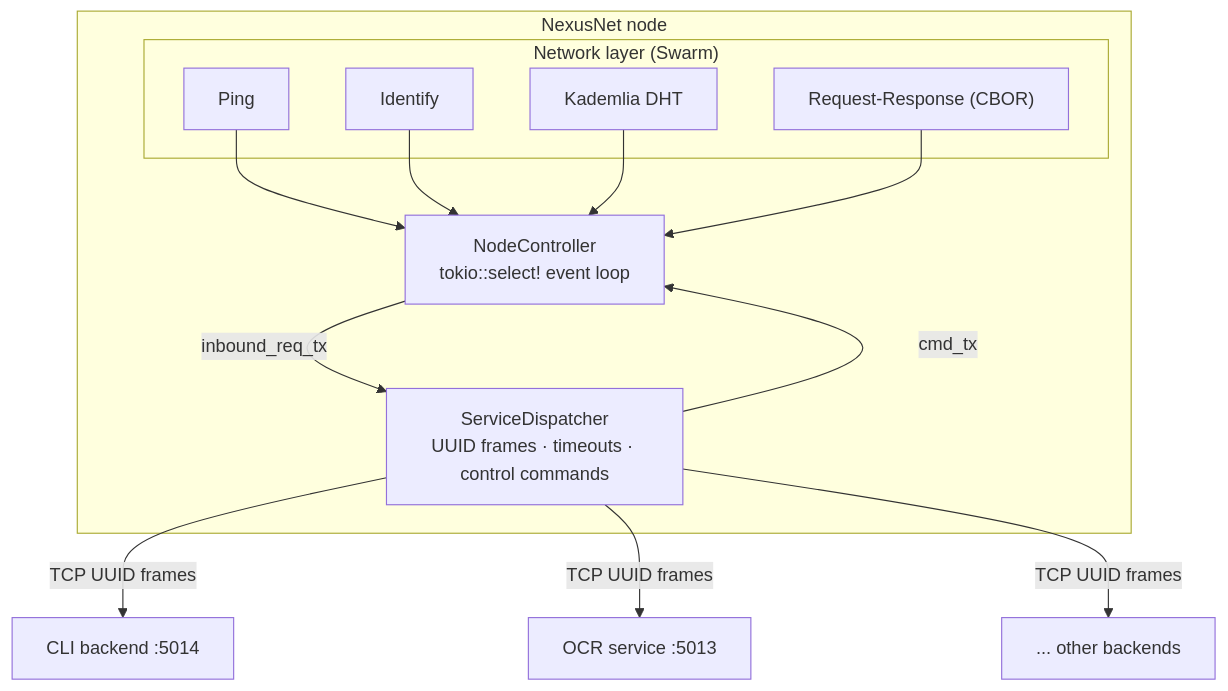
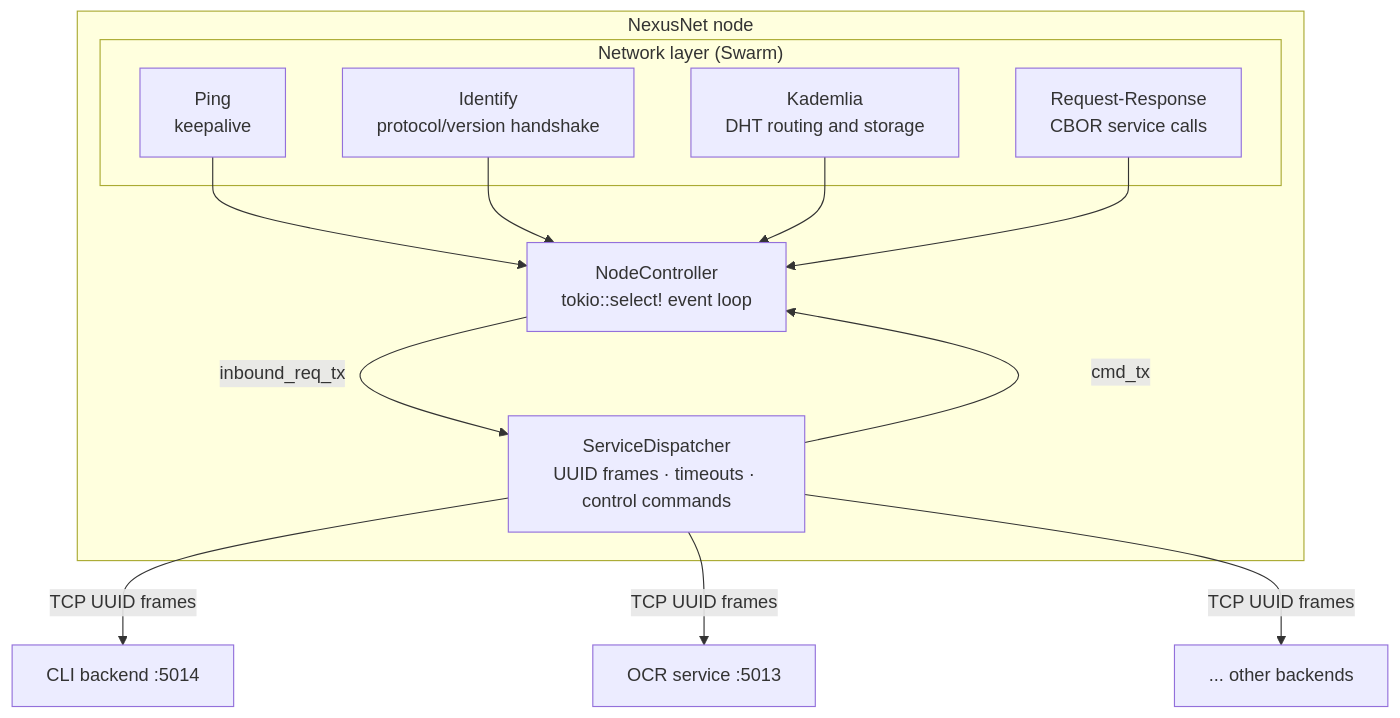
The diagram in README.md (rplague/NexusNet), drawn with Mermaid before and after one commit. The commit also changed other lines of this file and 1 other file, not shown here.

````diff
--- a/README.md
+++ b/README.md
@@ -45,27 +48,28 @@
 ```mermaid
 graph TD
     subgraph N["NexusNet node"]
         subgraph SW["Network layer (Swarm)"]
-            PING["Ping"]
-            ID["Identify"]
-            KAD["Kademlia DHT"]
-            RR["Request-Response (CBOR)"]
+            PING["Ping<br/>keepalive"]
+            ID["Identify<br/>protocol/version handshake"]
+            KAD["Kademlia<br/>DHT routing and storage"]
+            RR["Request-Response<br/>CBOR service calls"]
         end
+
         NC["NodeController<br/>tokio::select! event loop"]
         SD["ServiceDispatcher<br/>UUID frames · timeouts · control commands"]
     end
 
     CLI["CLI backend :5014"]
     OCR["OCR service :5013"]
     MORE["... other backends"]
 
     PING --> NC
     ID --> NC
     KAD --> NC
     RR --> NC
     NC -->|inbound_req_tx| SD
     SD -->|cmd_tx| NC
     SD -->|TCP UUID frames| CLI
     SD -->|TCP UUID frames| OCR
     SD -->|TCP UUID frames| MORE
 ```
````
